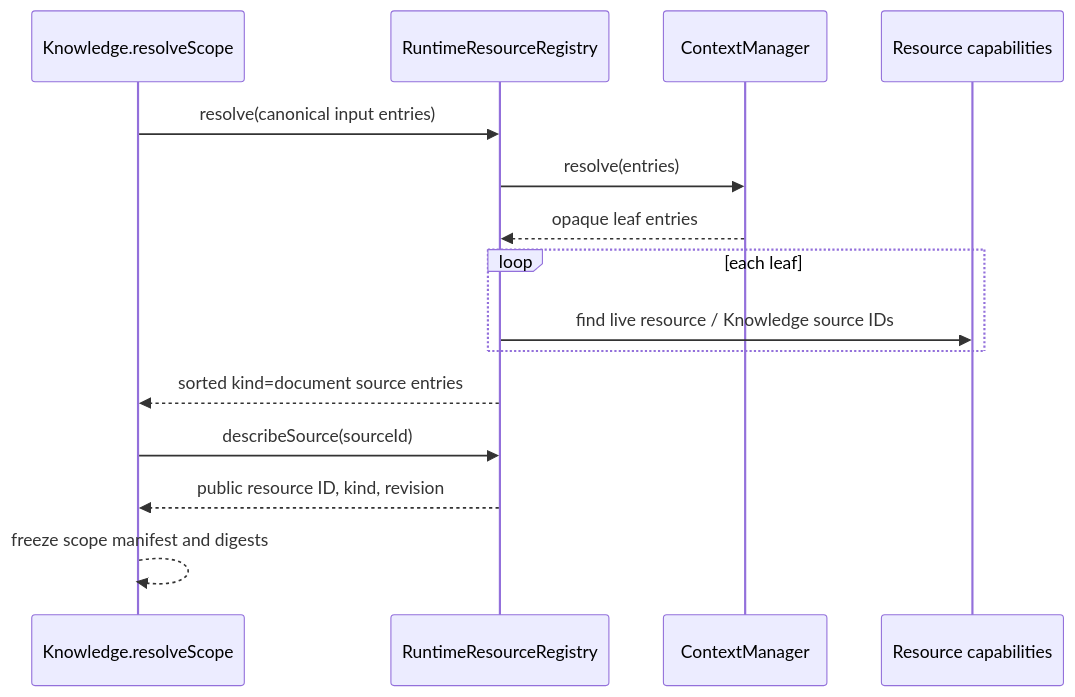
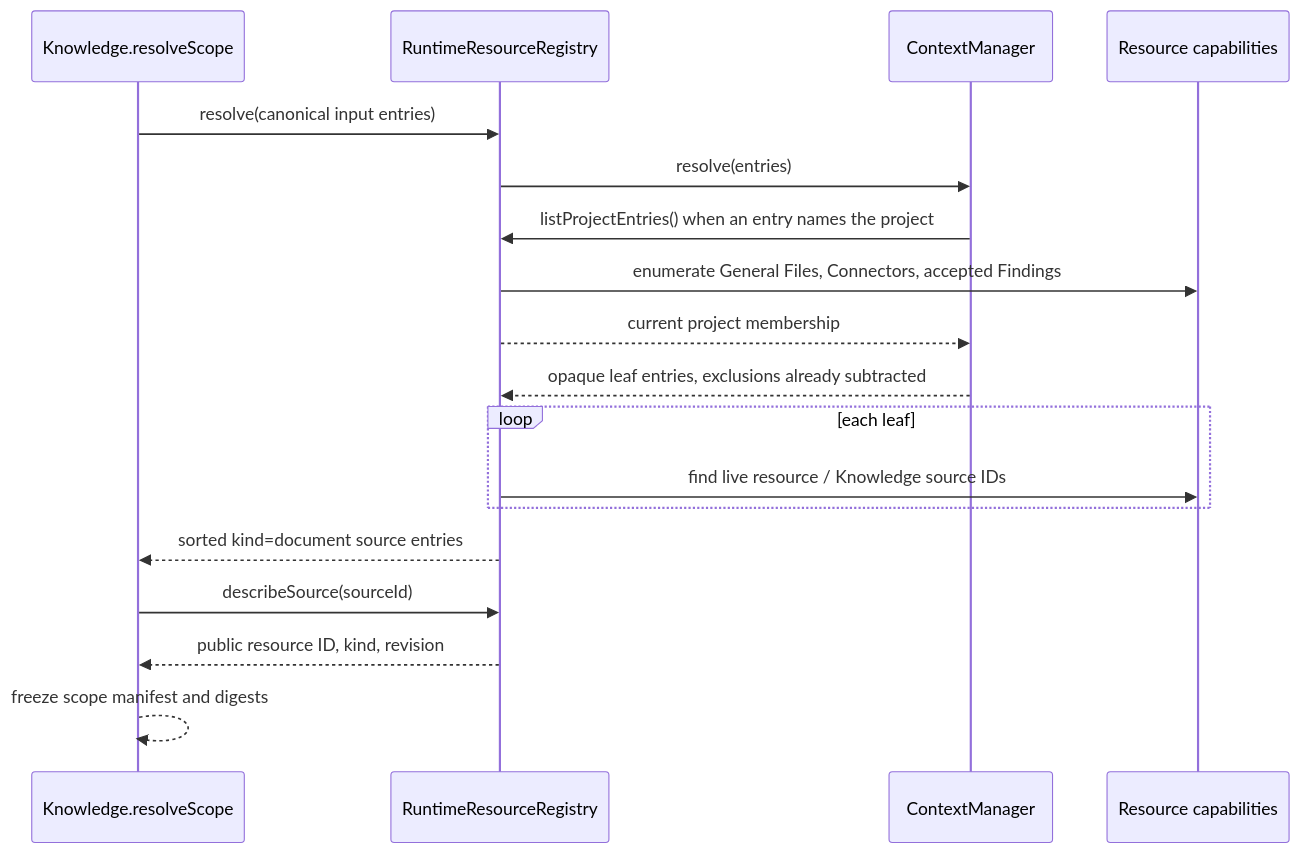
Before and after one commit to gccurtis/icarus: the second of 2 diagrams in apps/backend/src/3-capabilities/context/docs/flows.md, drawn with Mermaid. The commit also changed other lines of this file and 25 other files, not shown here.

````diff
--- a/apps/backend/src/3-capabilities/context/docs/flows.md
+++ b/apps/backend/src/3-capabilities/context/docs/flows.md
@@ -69,17 +78,20 @@
 ```mermaid
 sequenceDiagram
   participant K as Knowledge.resolveScope
   participant RR as RuntimeResourceRegistry
   participant CM as ContextManager
   participant RC as Resource capabilities
   K->>RR: resolve(canonical input entries)
   RR->>CM: resolve(entries)
-  CM-->>RR: opaque leaf entries
+  CM->>RR: listProjectEntries() when an entry names the project
+  RR->>RC: enumerate General Files, Connectors, accepted Findings
+  RR-->>CM: current project membership
+  CM-->>RR: opaque leaf entries, exclusions already subtracted
   loop each leaf
     RR->>RC: find live resource / Knowledge source IDs
   end
   RR-->>K: sorted kind=document source entries
   K->>RR: describeSource(sourceId)
   RR-->>K: public resource ID, kind, revision
   K-->>K: freeze scope manifest and digests
 ```
````
